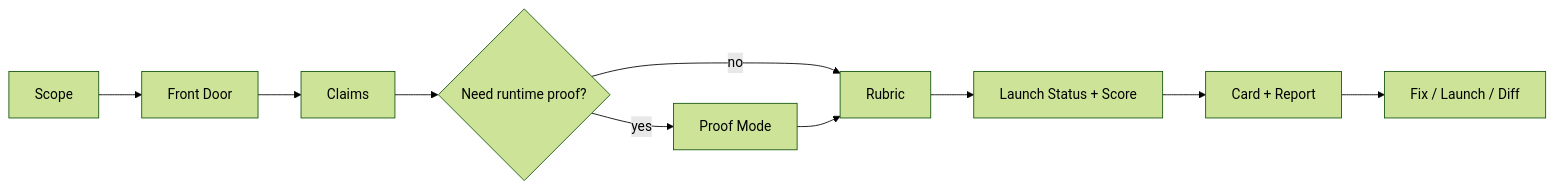
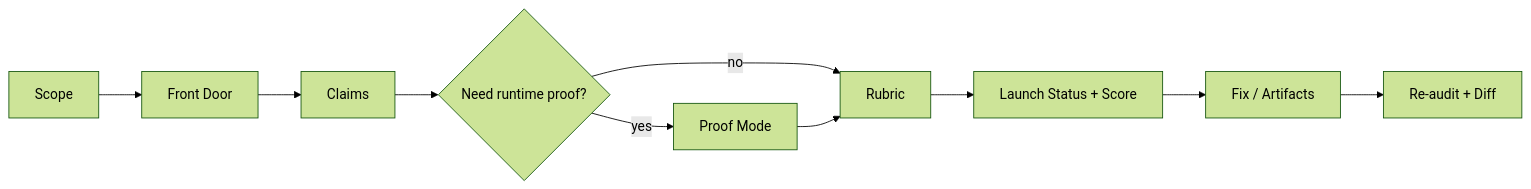
One commit to davijardimn/evidock changed the diagram in README.md. Above: the diagram before and after it, drawn with Mermaid (forest theme). The commit also changed other lines of this file and 20 other files, not shown here.

````diff
--- a/README.md
+++ b/README.md
@@ -94,12 +136,12 @@
 ```mermaid
 flowchart LR
     A[Scope] --> B[Front Door]
     B --> C[Claims]
     C --> D{Need runtime proof?}
     D -- yes --> E[Proof Mode]
     D -- no --> F[Rubric]
     E --> F
     F --> G[Launch Status + Score]
-    G --> H[Card + Report]
-    H --> I[Fix / Launch / Diff]
+    G --> H[Fix / Artifacts]
+    H --> I[Re-audit + Diff]
 ```
````
